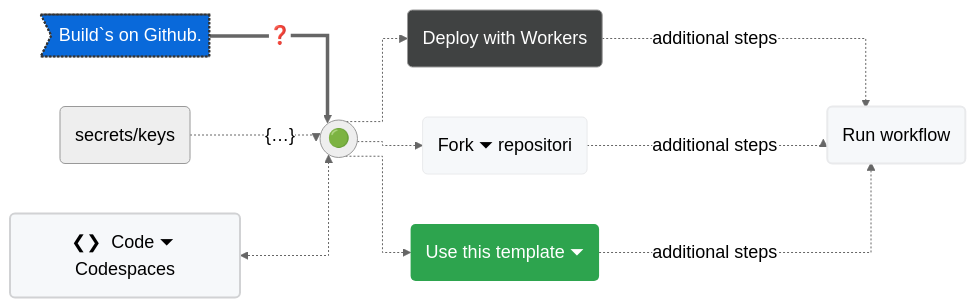
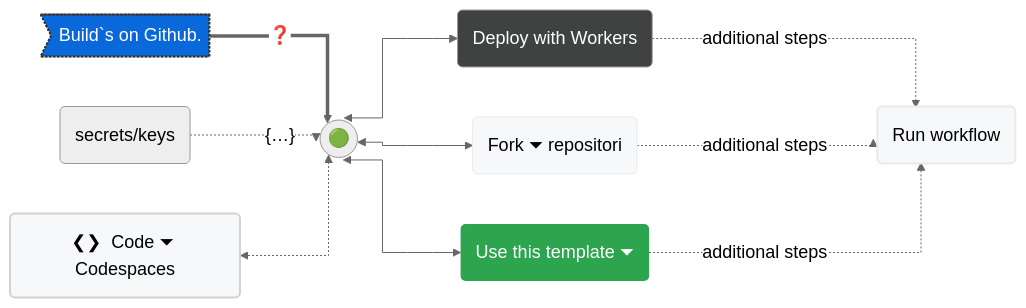
One commit to milankomaj/dev-badge changed the diagram in README.md. Above: the diagram before and after it, drawn with Mermaid.

````diff
--- a/README.md
+++ b/README.md
@@ -12,28 +12,29 @@
 ```mermaid
 %%{init: {'theme': 'neutral', 'themeVariables': { 'fontSize': '18px'}}}%%
 %%{ init: { 'flowchart': { 'curve': 'stepAfter' } } }%%
 flowchart LR
 
-A>Build`s on Github.] ==>|"#10067;"| B
+A>Build`s on Github.] ==> |"#10067;"| B
 X("secrets/keys") .->|"{#133;}"|B(("🟢"))
-G("#10094;#10095;  Code #9207; Codespaces")<.->B(("🟢"))
-B(("🟢")) .->C("Deploy with Workers")
-B(("🟢")) .->D("Fork #9207; repositori")
-B(("🟢")) .->E("Use this template #9207;")
-C & D & E -..->|"additional steps"| F("Run workflow") 
+G("#10094;#10095;  Code #9207; Codespaces") <.-> B(("🟢"))
+B(("🟢")) <---> C("Deploy with Workers")
+B(("🟢")) <---> D("Fork #9207; repositori")
+B(("🟢")) <---> E("Use this template #9207;")
+C & D & E -..-> |"additional steps"| F("Run workflow") 
+
 
 style F fill:#f6f8fa,stroke:#333,stroke-width:2px
 style C fill:#404242,color:#fefefe
 style D fill:#f6f8fa,stroke:#e9eaec
 style E fill:#2da44e,stroke-width:0px,color:#ffffff
 style F fill:#f6f8fa,stroke:#e9eaec
 style G fill:#f6f8fa,stroke:#d1d2d4,stroke-width:2px
 style A fill:#0969da,stroke:#333,stroke-width:2px,color:#fff,stroke-dasharray: 2 2
 
 click A "https://github.com/milankomaj/dev-badge"
 click D "https://github.com/milankomaj/dev-badge/fork"
 click E "https://github.com/milankomaj/dev-badge/generate"
 click G "https://github.com/codespaces"
 
 
 ```
````
